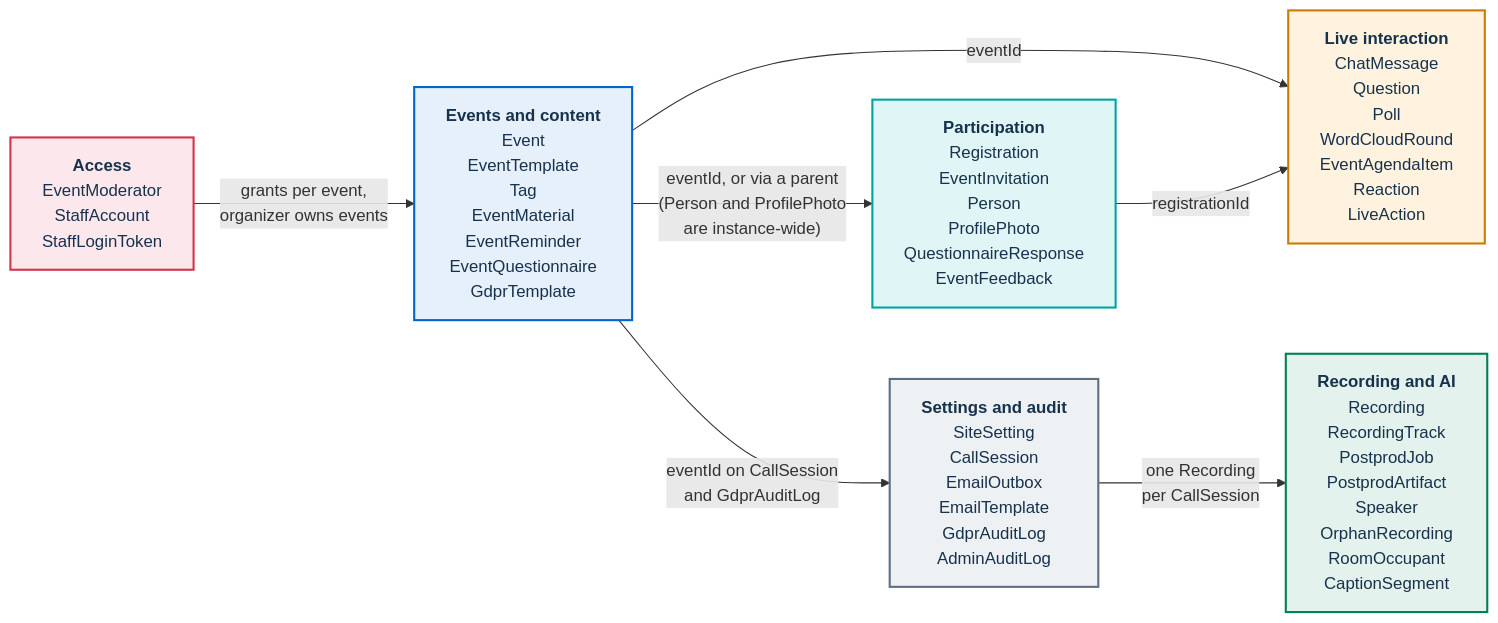
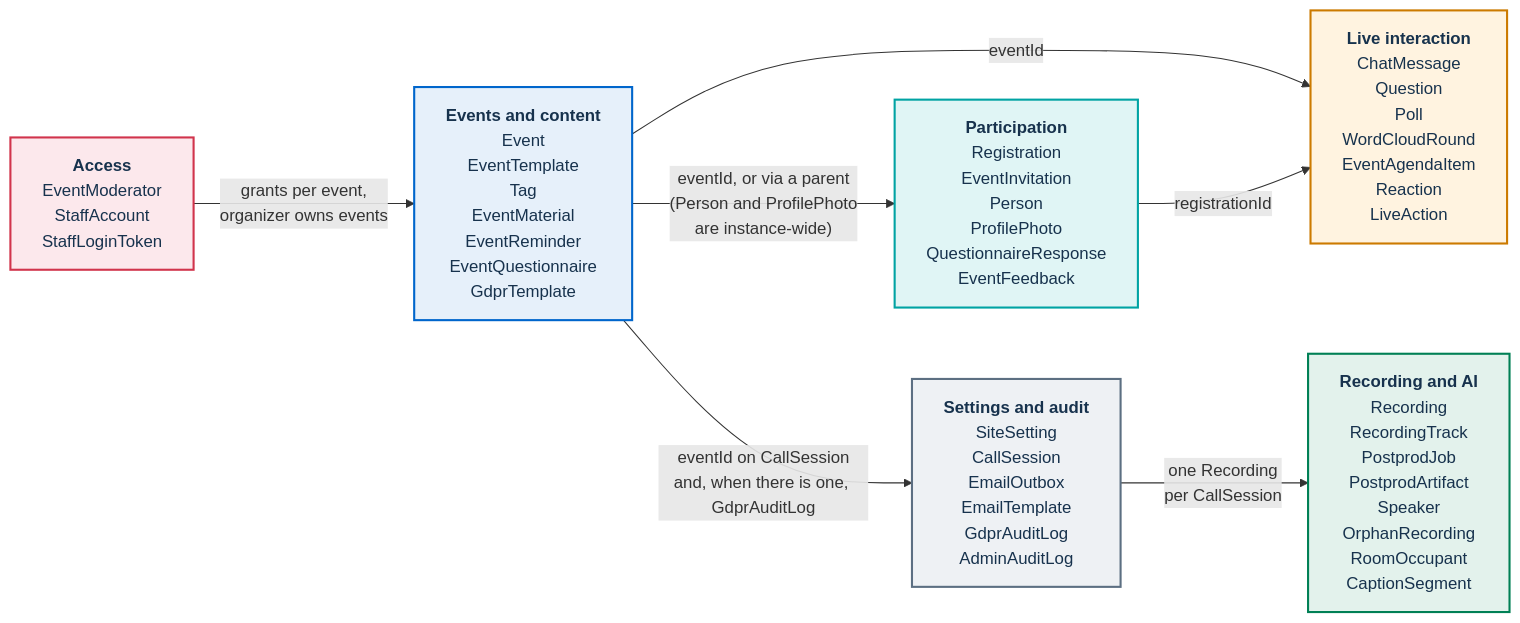
One commit to italia/pa-webinar changed the first of 4 diagrams in docs/architecture/data-model.md. Above: the diagram before and after it, drawn with Mermaid. The commit also changed 11 other files, not shown here.

First line of the commit message:
fix(gdpr): log the withdrawal of an entry without registrations

````diff
--- a/docs/architecture/data-model.md
+++ b/docs/architecture/data-model.md
@@ -127,23 +127,23 @@
 ```mermaid
 flowchart LR
   classDef events fill:#E6F0FA,stroke:#0066CC,stroke-width:2px,color:#17324D
   classDef participation fill:#E0F5F5,stroke:#00A3A3,stroke-width:2px,color:#17324D
   classDef live fill:#FFF3E0,stroke:#CC7A00,stroke-width:2px,color:#17324D
   classDef access fill:#FCE8EC,stroke:#D1344C,stroke-width:2px,color:#17324D
   classDef recording fill:#E3F2EC,stroke:#008055,stroke-width:2px,color:#17324D
   classDef settings fill:#EEF1F4,stroke:#5C6F82,stroke-width:2px,color:#17324D
 
   AC["<b>Access</b><br/>EventModerator<br/>StaffAccount<br/>StaffLoginToken"]:::access
   EV["<b>Events and content</b><br/>Event<br/>EventTemplate<br/>Tag<br/>EventMaterial<br/>EventReminder<br/>EventQuestionnaire<br/>GdprTemplate"]:::events
   PA["<b>Participation</b><br/>Registration<br/>EventInvitation<br/>Person<br/>ProfilePhoto<br/>QuestionnaireResponse<br/>EventFeedback"]:::participation
   LI["<b>Live interaction</b><br/>ChatMessage<br/>Question<br/>Poll<br/>WordCloudRound<br/>EventAgendaItem<br/>Reaction<br/>LiveAction"]:::live
   SA["<b>Settings and audit</b><br/>SiteSetting<br/>CallSession<br/>EmailOutbox<br/>EmailTemplate<br/>GdprAuditLog<br/>AdminAuditLog"]:::settings
   RA["<b>Recording and AI</b><br/>Recording<br/>RecordingTrack<br/>PostprodJob<br/>PostprodArtifact<br/>Speaker<br/>OrphanRecording<br/>RoomOccupant<br/>CaptionSegment"]:::recording
 
   AC -->|"grants per event,<br/>organizer owns events"| EV
   EV -->|"eventId, or via a parent<br/>(Person and ProfilePhoto<br/>are instance-wide)"| PA
   EV -->|"eventId"| LI
   PA -->|"registrationId"| LI
-  EV -->|"eventId on CallSession<br/>and GdprAuditLog"| SA
+  EV -->|"eventId on CallSession<br/>and, when there is one, GdprAuditLog"| SA
   SA -->|"one Recording<br/>per CallSession"| RA
 ```
````
